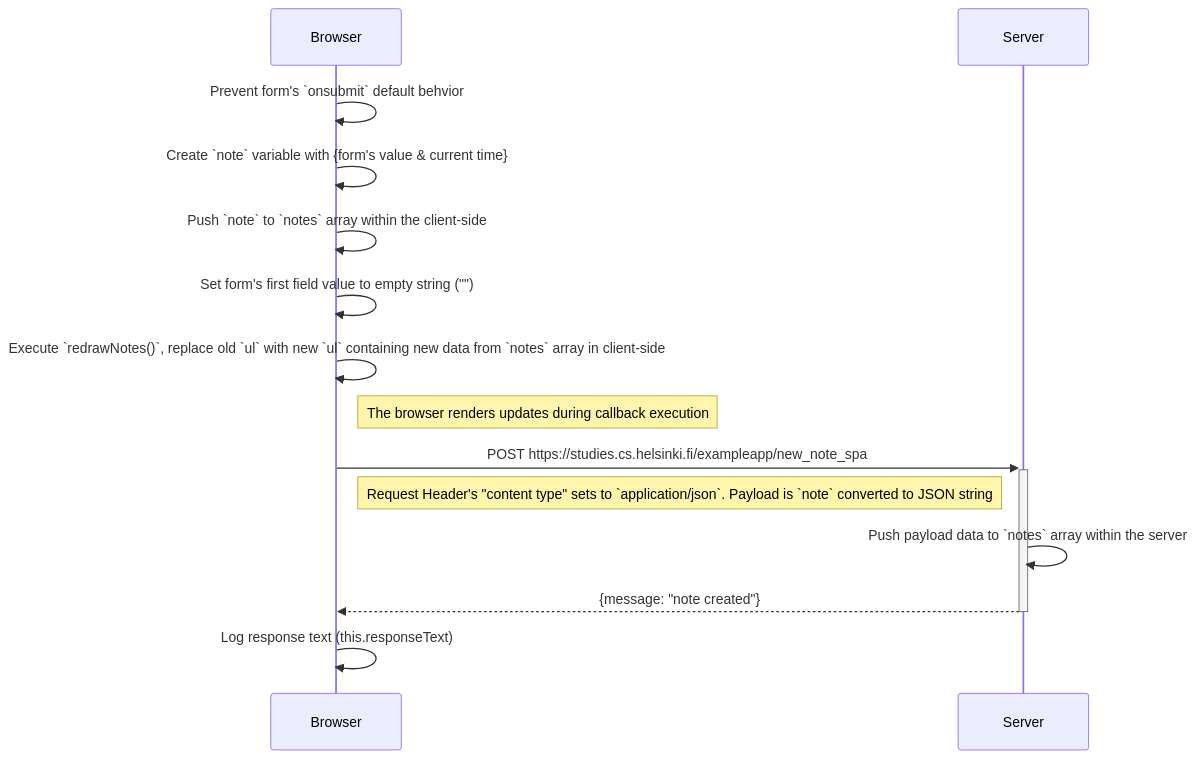
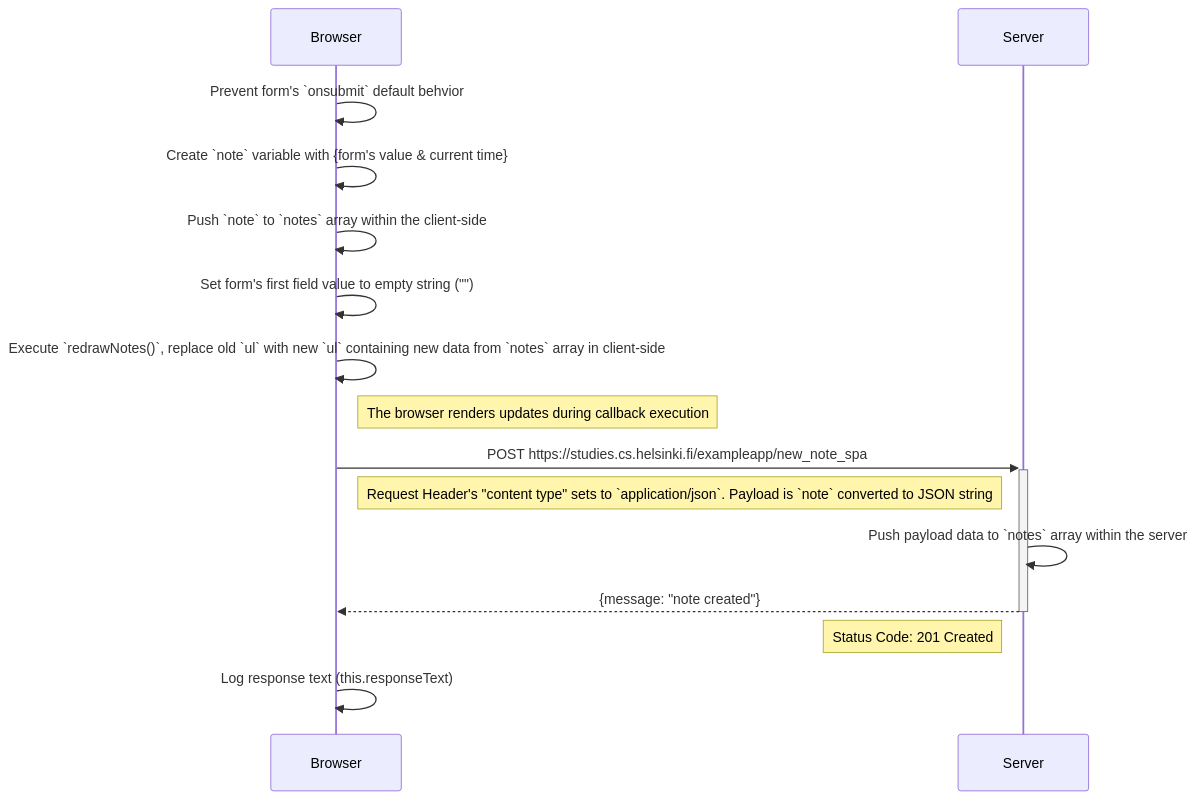
One commit to ricky-kiva/fs-web-fundamentals-fso changed the diagram in 0.6/user_create_note_spa.md. Above: the diagram before and after it, drawn with Mermaid.

Commit message:
feat(0.6): add server response status code as note

````diff
--- a/0.6/user_create_note_spa.md
+++ b/0.6/user_create_note_spa.md
@@ -1,19 +1,20 @@
 ``` mermaid
 sequenceDiagram
   participant b as Browser
   participant s as Server
 
   b ->> b: Prevent form's `onsubmit` default behvior
   b ->> b: Create `note` variable with {form's value & current time}
   b ->> b: Push `note` to `notes` array within the client-side
   b ->> b: Set form's first field value to empty string ("")
   b ->> b: Execute `redrawNotes()`, replace old `ul` with new `ul` containing new data from `notes` array in client-side
   Note right of b: The browser renders updates during callback execution
 
   b ->>+ s: POST https://studies.cs.helsinki.fi/exampleapp/new_note_spa
   Note right of b: Request Header's "content type" sets to `application/json`. Payload is `note` converted to JSON string
   s ->> s: Push payload data to `notes` array within the server
   s -->>- b: {message: "note created"}
+  Note left of s: Status Code: 201 Created
 
   b ->> b: Log response text (this.responseText)
 ```
````
